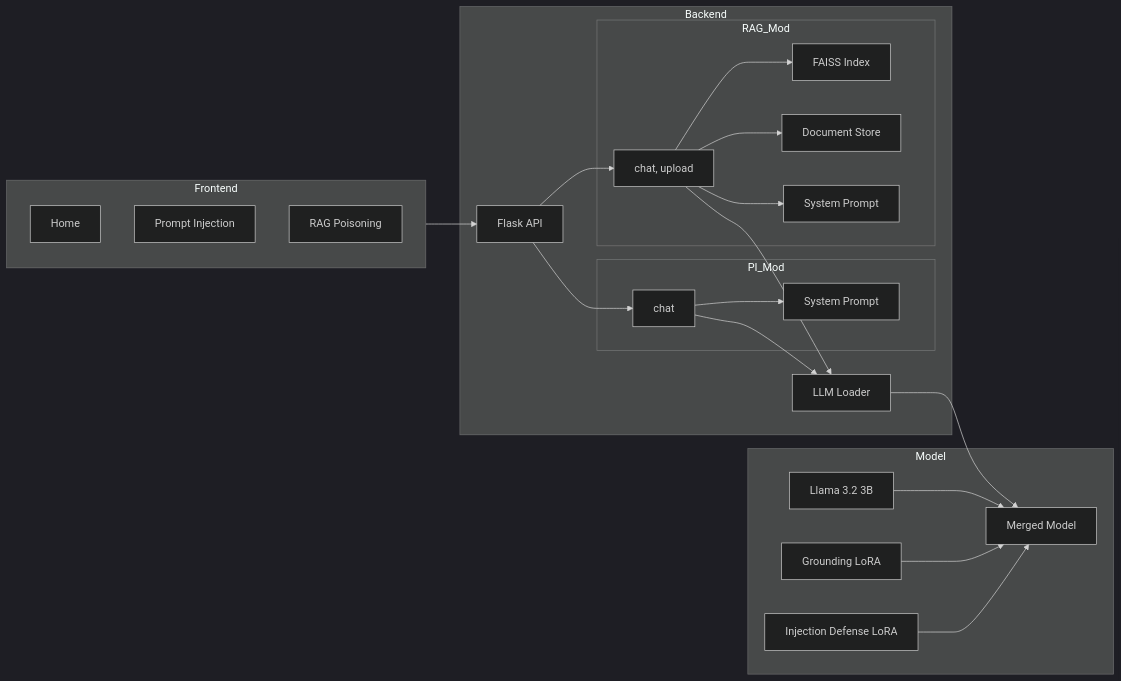
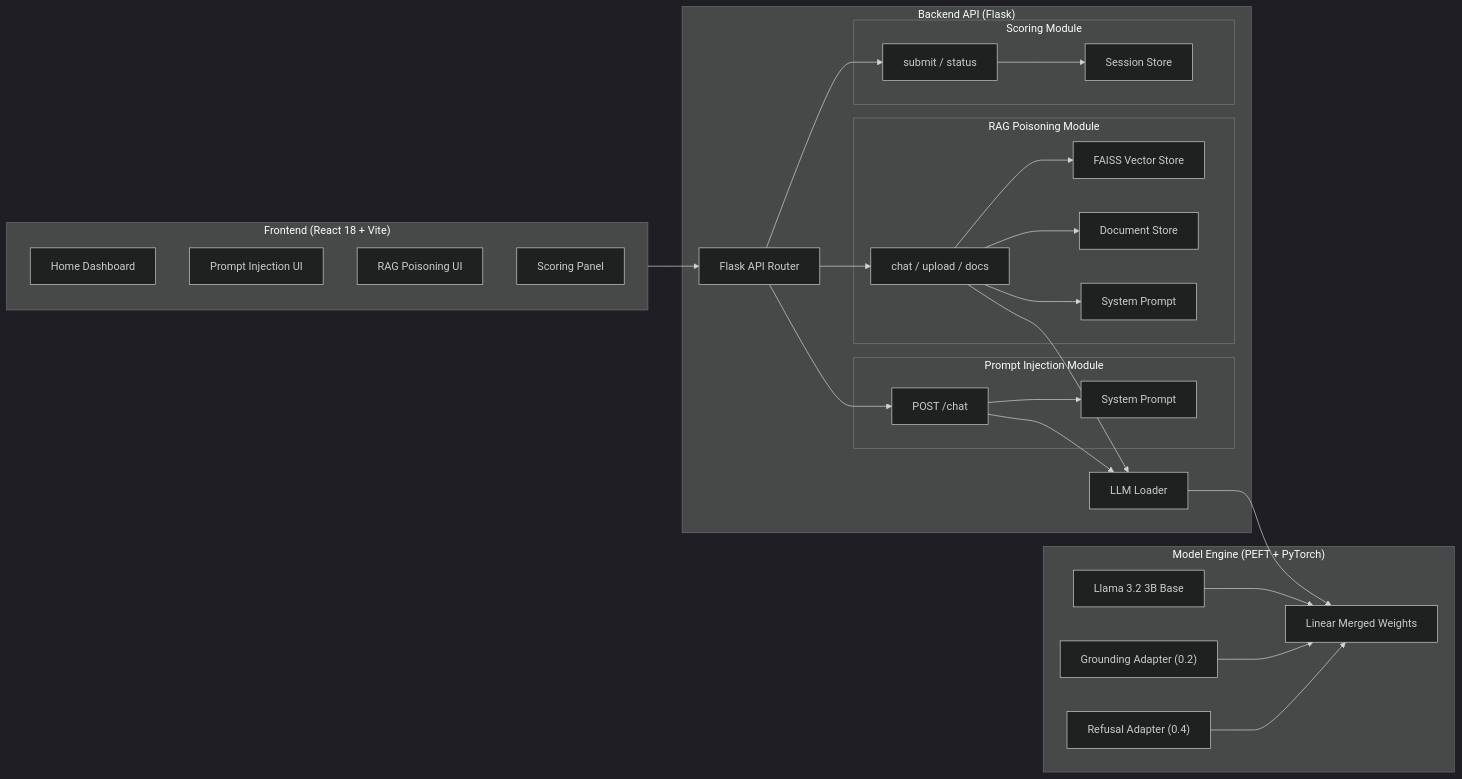
Before and after one commit to dumaf/All-About-Vulnerable-AI: the diagram in README.md, drawn with Mermaid (dark theme). The commit also changed other lines of this file and 1 other file, not shown here.

````diff
--- a/README.md
+++ b/README.md
@@ -143,51 +67,60 @@
 ```mermaid
 flowchart LR
 
-subgraph Frontend
-    Home["Home"]
-    PI["Prompt Injection"]
-    RAG["RAG Poisoning"]
+subgraph Frontend ["Frontend (React 18 + Vite)"]
+    Home["Home Dashboard"]
+    PI["Prompt Injection UI"]
+    RAG["RAG Poisoning UI"]
+    ScoreUI["Scoring Panel"]
 end
 
-subgraph Backend
-    API["Flask API"]
+subgraph Backend ["Backend API (Flask)"]
+    API["Flask API Router"]
 
-    subgraph PI_Mod
-        PI_Routes["chat"]
+    subgraph PI_Mod ["Prompt Injection Module"]
+        PI_Routes["POST /chat"]
         PI_SP["System Prompt"]
     end
 
-    subgraph RAG_Mod
-        RAG_Routes["chat, upload"]
-        VectorDB["FAISS Index"]
+    subgraph RAG_Mod ["RAG Poisoning Module"]
+        RAG_Routes["chat / upload / docs"]
+        VectorDB["FAISS Vector Store"]
         Docs["Document Store"]
         RAG_SP["System Prompt"]
+    end
+
+    subgraph Score_Mod ["Scoring Module"]
+        ScoreRoutes["submit / status"]
+        SessionStore["Session Store"]
     end
 
     LLM["LLM Loader"]
 end
 
-subgraph Model
-    Base["Llama 3.2 3B"]
-    LoRA1["Grounding LoRA"]
-    LoRA2["Injection Defense LoRA"]
-    Merge["Merged Model"]
+subgraph Model ["Model Engine (PEFT + PyTorch)"]
+    Base["Llama 3.2 3B Base"]
+    LoRA1["Grounding Adapter (0.2)"]
+    LoRA2["Refusal Adapter (0.4)"]
+    Merge["Linear Merged Weights"]
 end
 
 Frontend --> API
 API --> PI_Routes
 API --> RAG_Routes
+API --> ScoreRoutes
 
 PI_Routes --> PI_SP
 PI_Routes --> LLM
 
 RAG_Routes --> VectorDB
 RAG_Routes --> Docs
 RAG_Routes --> RAG_SP
 RAG_Routes --> LLM
 
+ScoreRoutes --> SessionStore
+
 LLM --> Merge
 Base --> Merge
 LoRA1 --> Merge
 LoRA2 --> Merge
 ```
````
